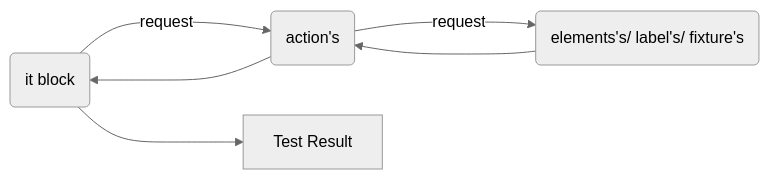
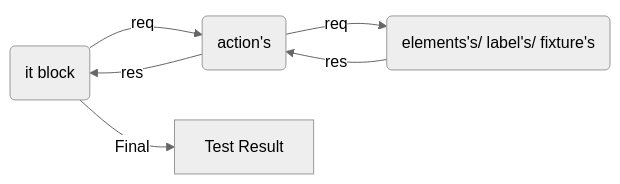
One commit to tayyabsaleem7756/ignicube changed the diagram in README.md. Above: the diagram before and after it, drawn with Mermaid (neutral theme).

Commit message:
mermaid update

````diff
--- a/README.md
+++ b/README.md
@@ -86,6 +86,6 @@
 ```mermaid
 graph LR
-A(it block) --request-->B(action's) --request-->C(elements's/ label's/ fixture's) 
-C(elements's/ label's/ fixture's) --->B(action's) --->A(it block)
-A(it block) --->D[Test Result]
+A(it block) --req-->B(action's) --req-->C(elements's/ label's/ fixture's) 
+C(elements's/ label's/ fixture's) --res-->B(action's) --res-->A(it block)
+A(it block) --Final-->D[Test Result]
 ```
````
